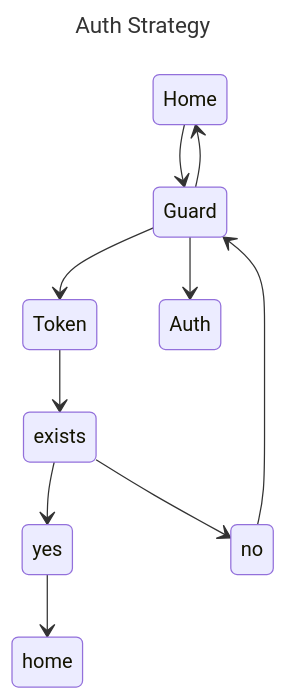
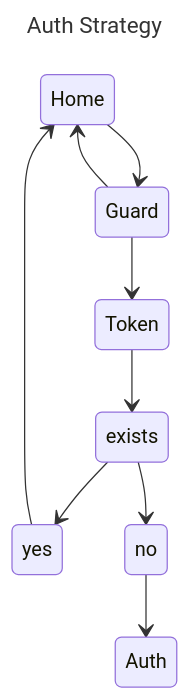
One commit to GkIgor/bug-guards-v17 changed the first of 2 diagrams in README.md. Above: the diagram before and after it, drawn with Mermaid. The commit also changed other lines of this file, not shown here.

````diff
--- a/README.md
+++ b/README.md
@@ -44,19 +48,19 @@
 ```mermaid
 ---
 title: Auth Strategy
 ---
 stateDiagram-v2
     Home --> Guard
     Guard --> Token
     Token --> exists
 
     exists --> yes
     exists --> no
-    yes --> home
-    no --> Guard
-    Guard --> Auth
+    yes --> Home
+    no --> Auth
+
 
     Guard --> Home
 
 
 ```
````
